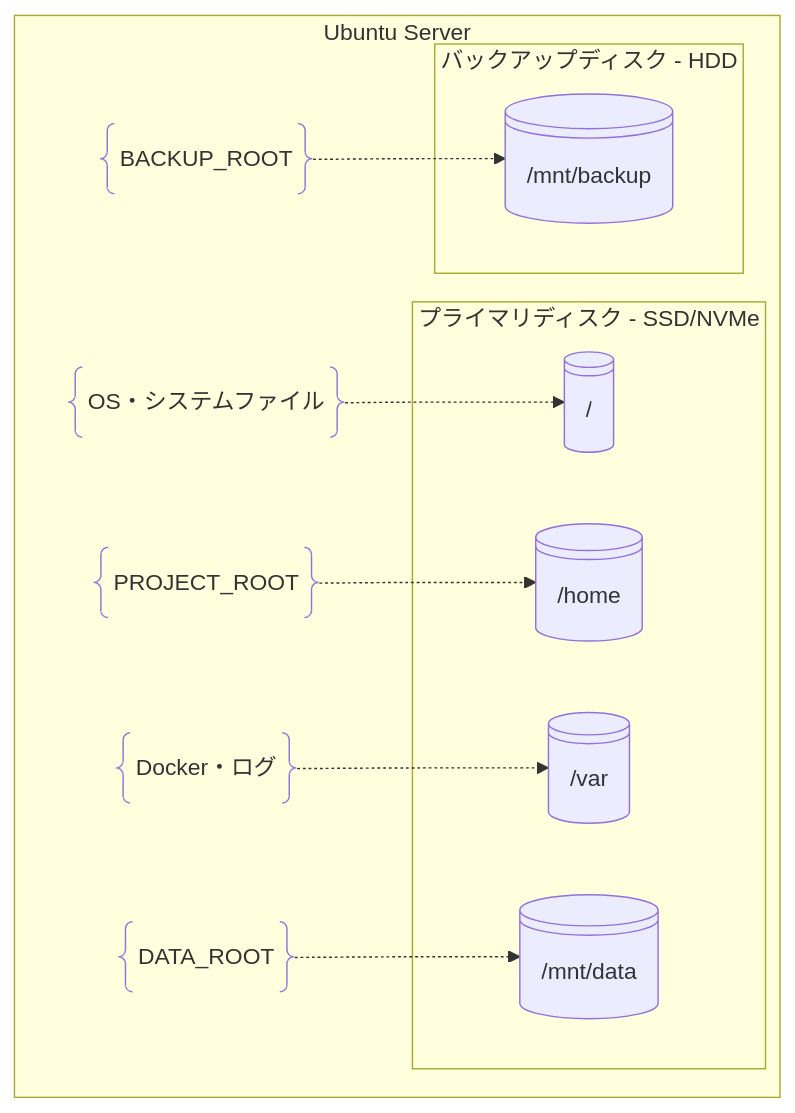
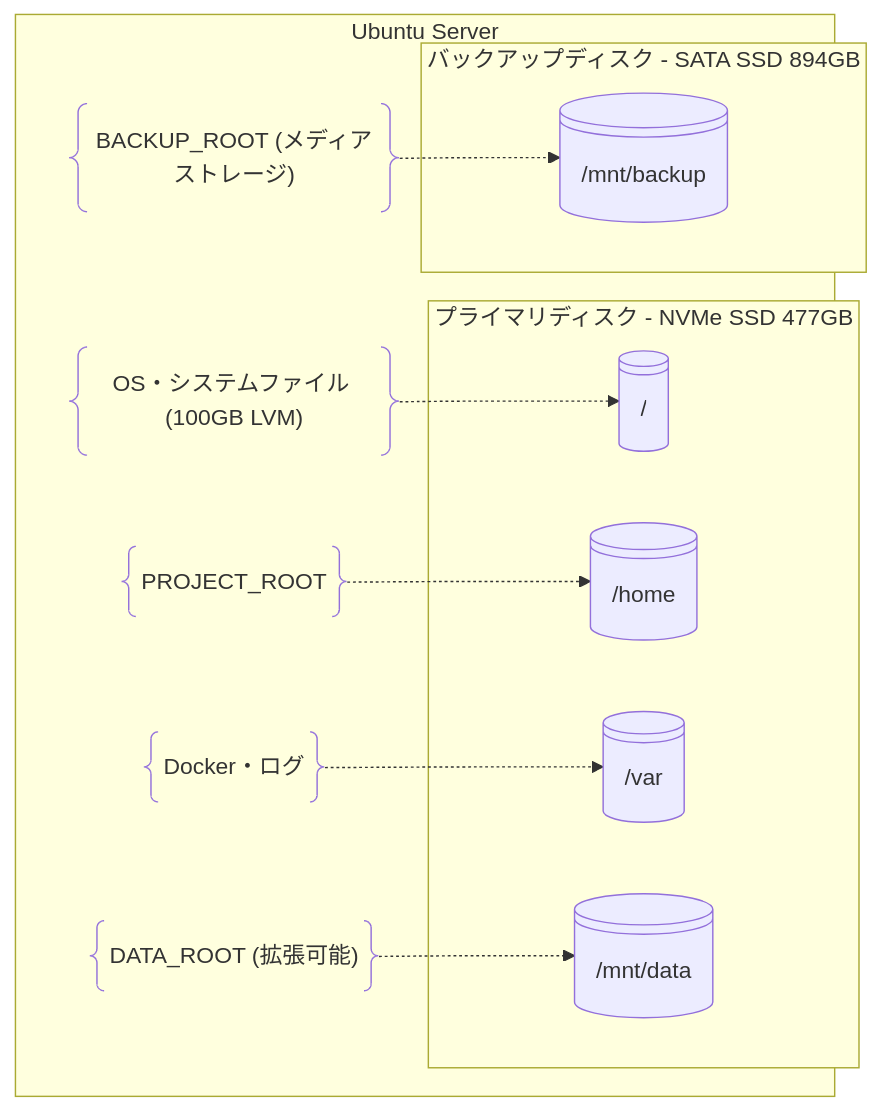
The diagram in docs/design/server-configuration.md (nuitsjp/ManageMediaServer), drawn with Mermaid before and after one commit. The commit also changed other lines of this file and 2 other files, not shown here.

````diff
--- a/docs/design/server-configuration.md
+++ b/docs/design/server-configuration.md
@@ -32,27 +38,27 @@
 ```mermaid
 flowchart TD
     subgraph LinuxServer[Ubuntu Server]
-        subgraph PrimaryDisk[プライマリディスク - SSD/NVMe]
+        subgraph PrimaryDisk[プライマリディスク - NVMe SSD 477GB]
             Root@{ shape: lin-cyl, label: "/" }
             Home@{ shape: lin-cyl, label: "/home" }
             Var@{ shape: lin-cyl, label: "/var" }
             DataMount@{ shape: lin-cyl, label: "/mnt/data" }
         end
         
-        subgraph BackupDisk[バックアップディスク - HDD]
+        subgraph BackupDisk[バックアップディスク - SATA SSD 894GB]
             BackupMount@{ shape: lin-cyl, label: "/mnt/backup" }
         end
 
-        Root-note@{ shape: braces, label: "OS・システムファイル" }
+        Root-note@{ shape: braces, label: "OS・システムファイル (100GB LVM)" }
         Home-note@{ shape: braces, label: "PROJECT_ROOT" }
         Var-note@{ shape: braces, label: "Docker・ログ" }
-        Data-note@{ shape: braces, label: "DATA_ROOT" }
-        Backup-note@{ shape: braces, label: "BACKUP_ROOT" }
+        Data-note@{ shape: braces, label: "DATA_ROOT (拡張可能)" }
+        Backup-note@{ shape: braces, label: "BACKUP_ROOT (メディアストレージ)" }
 
         Root-note -.-> Root
         Home-note -.-> Home
         Var-note -.-> Var
         Data-note -.-> DataMount
         Backup-note -.-> BackupMount
     end
 ```
````
